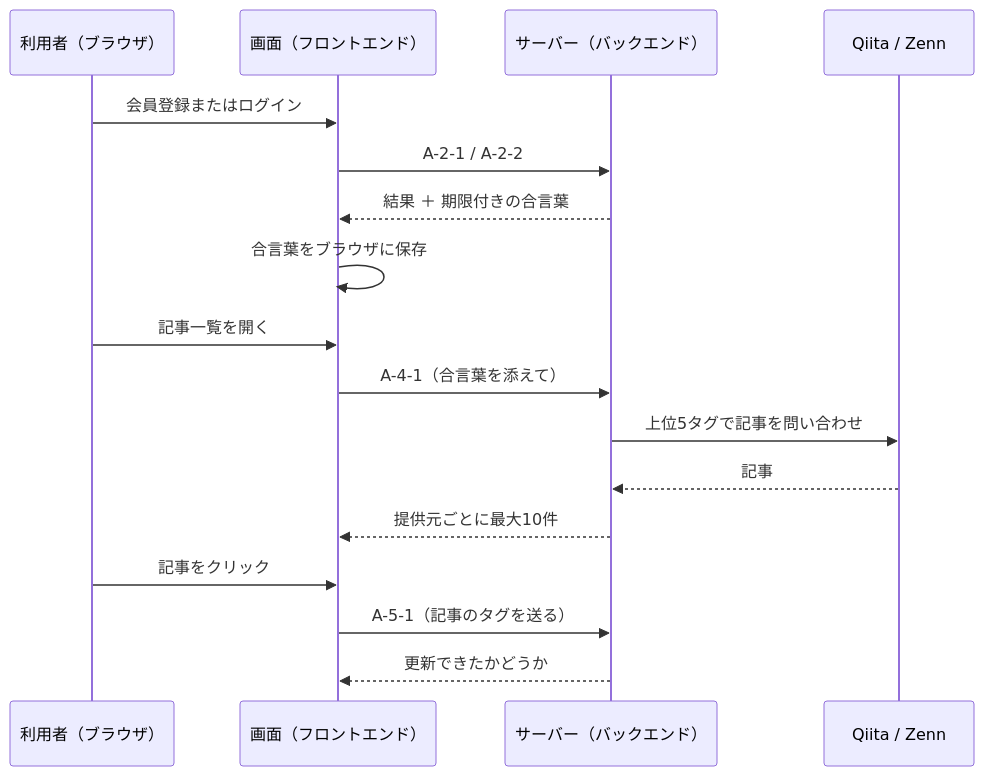
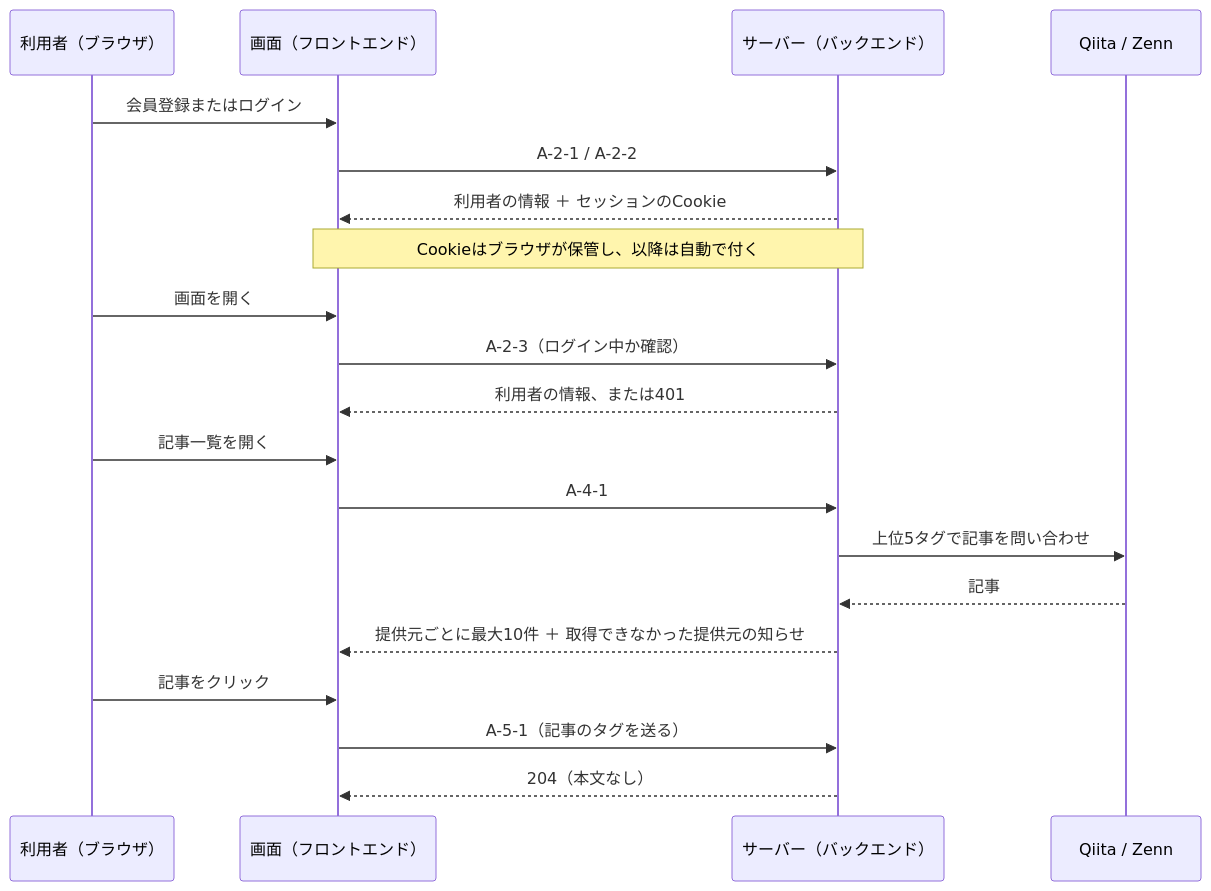
One commit to H4aruki/MyTechPulse changed the diagram in docs/BasicDesignSpecifications/API/ApiCommonRules.md. Above: the diagram before and after it, drawn with Mermaid. The commit also changed other lines of this file and 20 other files, not shown here.

````diff
--- a/docs/BasicDesignSpecifications/API/ApiCommonRules.md
+++ b/docs/BasicDesignSpecifications/API/ApiCommonRules.md
@@ -39,22 +77,26 @@
 ```mermaid
 sequenceDiagram
     participant U as 利用者（ブラウザ）
     participant F as 画面（フロントエンド）
     participant B as サーバー（バックエンド）
     participant E as Qiita / Zenn
 
     U->>F: 会員登録またはログイン
     F->>B: A-2-1 / A-2-2
-    B-->>F: 結果 ＋ 期限付きの合言葉
-    F->>F: 合言葉をブラウザに保存
+    B-->>F: 利用者の情報 ＋ セッションのCookie
+    Note over F,B: Cookieはブラウザが保管し、以降は自動で付く
+
+    U->>F: 画面を開く
+    F->>B: A-2-3（ログイン中か確認）
+    B-->>F: 利用者の情報、または401
 
     U->>F: 記事一覧を開く
-    F->>B: A-4-1（合言葉を添えて）
+    F->>B: A-4-1
     B->>E: 上位5タグで記事を問い合わせ
     E-->>B: 記事
-    B-->>F: 提供元ごとに最大10件
+    B-->>F: 提供元ごとに最大10件 ＋ 取得できなかった提供元の知らせ
 
     U->>F: 記事をクリック
     F->>B: A-5-1（記事のタグを送る）
-    B-->>F: 更新できたかどうか
+    B-->>F: 204（本文なし）
 ```
````
